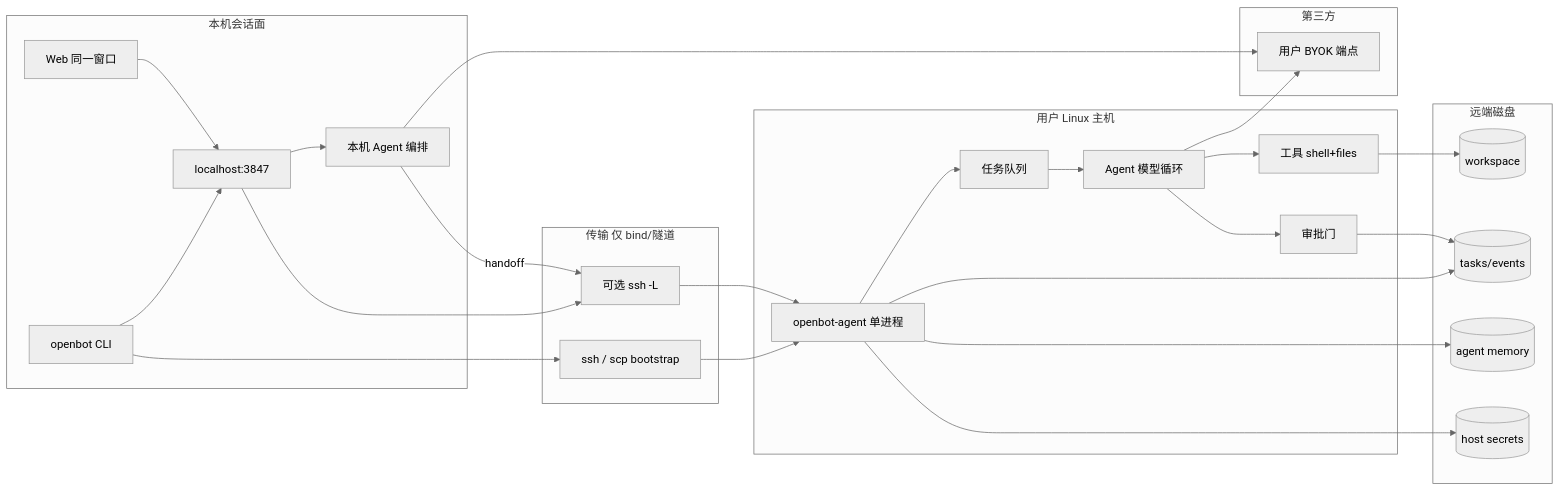
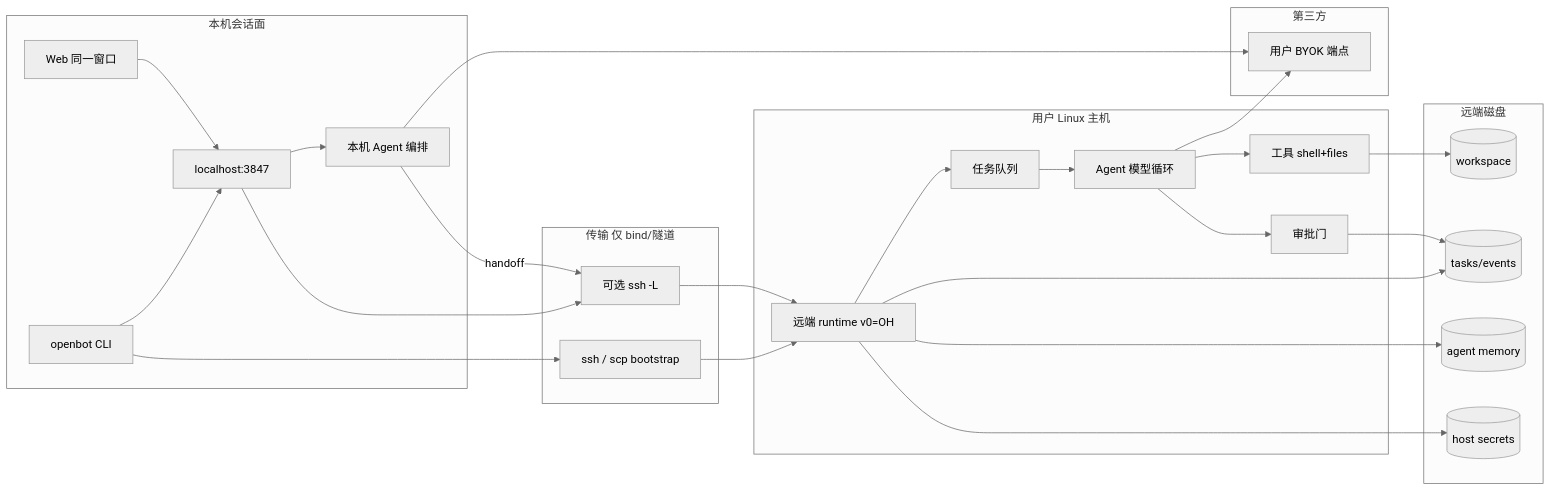
One commit to BiuBiuHu/OpenBot changed the first of 4 diagrams in docs/openbot-mvp/03-architecture/architecture.md. Above: the diagram before and after it, drawn with Mermaid (neutral theme). The commit also changed other lines of this file and 13 other files, not shown here.

First line of the commit message:
docs: 锁定 v0 远端 runtime 为 OpenHands Agent Server

````diff
--- a/docs/openbot-mvp/03-architecture/architecture.md
+++ b/docs/openbot-mvp/03-architecture/architecture.md
@@ -117,48 +121,48 @@
 ```mermaid
 flowchart LR
   subgraph ClientLayer[本机会话面]
     UI[Web 同一窗口]
     CLI[openbot CLI]
     LocalAPI[localhost:3847]
     LocalA[本机 Agent 编排]
   end
   subgraph Transport[传输 仅 bind/隧道]
     SSH[ssh / scp bootstrap]
     Tun[可选 ssh -L]
   end
   subgraph AgentHost[用户 Linux 主机]
-    A[openbot-agent 单进程]
+    A[远端 runtime v0=OH]
     Q[任务队列]
     Loop[Agent 模型循环]
     Tools[工具 shell+files]
     Gate[审批门]
   end
   subgraph Disk[远端磁盘]
     Tasks[(tasks/events)]
     WS[(workspace)]
     Mem[(agent memory)]
     Sec[(host secrets)]
   end
   subgraph ThirdParty[第三方]
     LLM[用户 BYOK 端点]
   end
   UI --> LocalAPI
   CLI --> LocalAPI
   LocalAPI --> LocalA
   LocalA --> LLM
   LocalA -->|"handoff"| Tun
   CLI --> SSH
   LocalAPI --> Tun
   SSH --> A
   Tun --> A
   A --> Q
   Q --> Loop
   Loop --> LLM
   Loop --> Tools
   Loop --> Gate
   Gate --> Tasks
   Tools --> WS
   A --> Tasks
   A --> Mem
   A --> Sec
 ```
````
